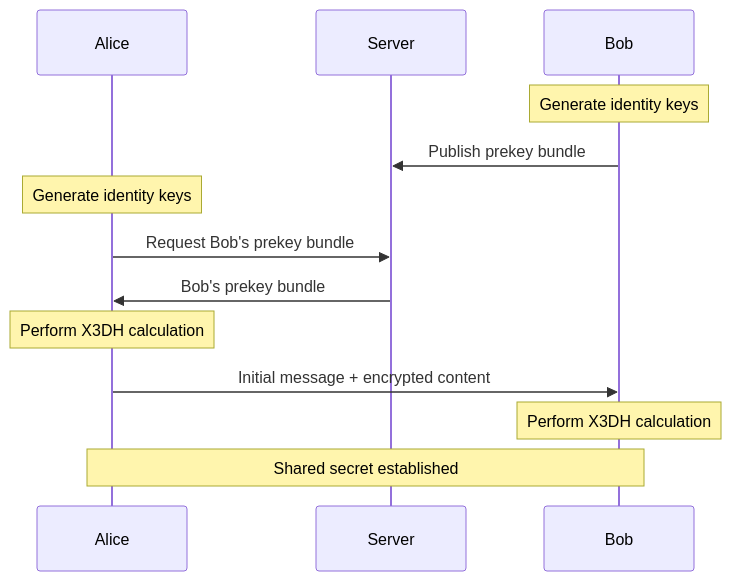
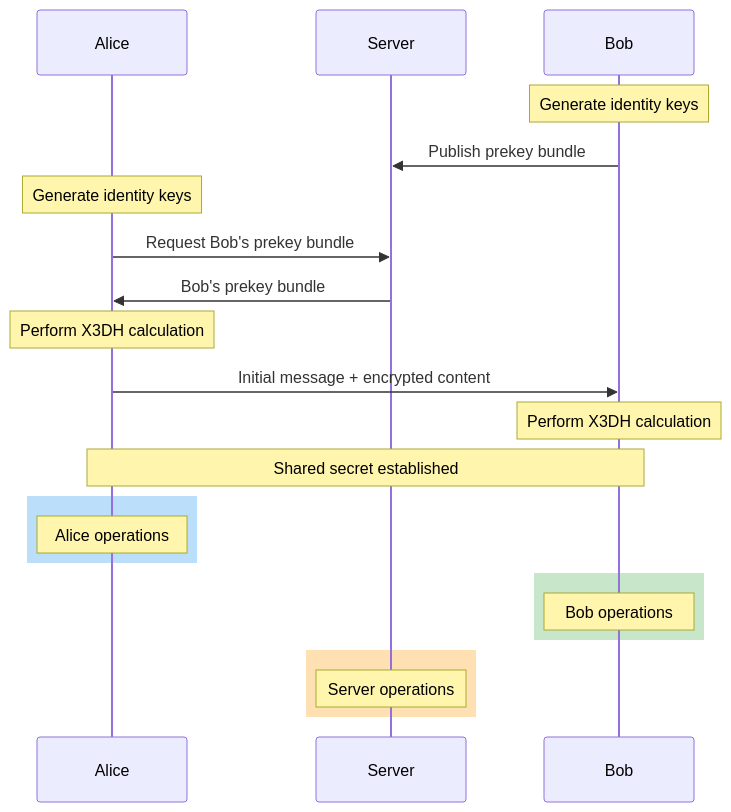
The second of 3 diagrams in docs/developer_guide.md (prabhatg/signal_crypto_lib), drawn with Mermaid before and after one commit. The commit also changed other lines of this file and 1 other file, not shown here.

Commit message:
Documentation diagram updates

````diff
--- a/docs/developer_guide.md
+++ b/docs/developer_guide.md
@@ -284,16 +299,26 @@
 ```mermaid
 sequenceDiagram
     participant Alice
     participant Server
     participant Bob
     
     Note over Bob: Generate identity keys
     Bob->>Server: Publish prekey bundle
     Note over Alice: Generate identity keys
     Alice->>Server: Request Bob's prekey bundle
     Server->>Alice: Bob's prekey bundle
     Note over Alice: Perform X3DH calculation
     Alice->>Bob: Initial message + encrypted content
     Note over Bob: Perform X3DH calculation
     Note over Alice,Bob: Shared secret established
+    
+    rect rgb(187, 222, 251)
+        Note over Alice: Alice operations
+    end
+    rect rgb(200, 230, 201)
+        Note over Bob: Bob operations
+    end
+    rect rgb(255, 224, 178)
+        Note over Server: Server operations
+    end
 ```
````
